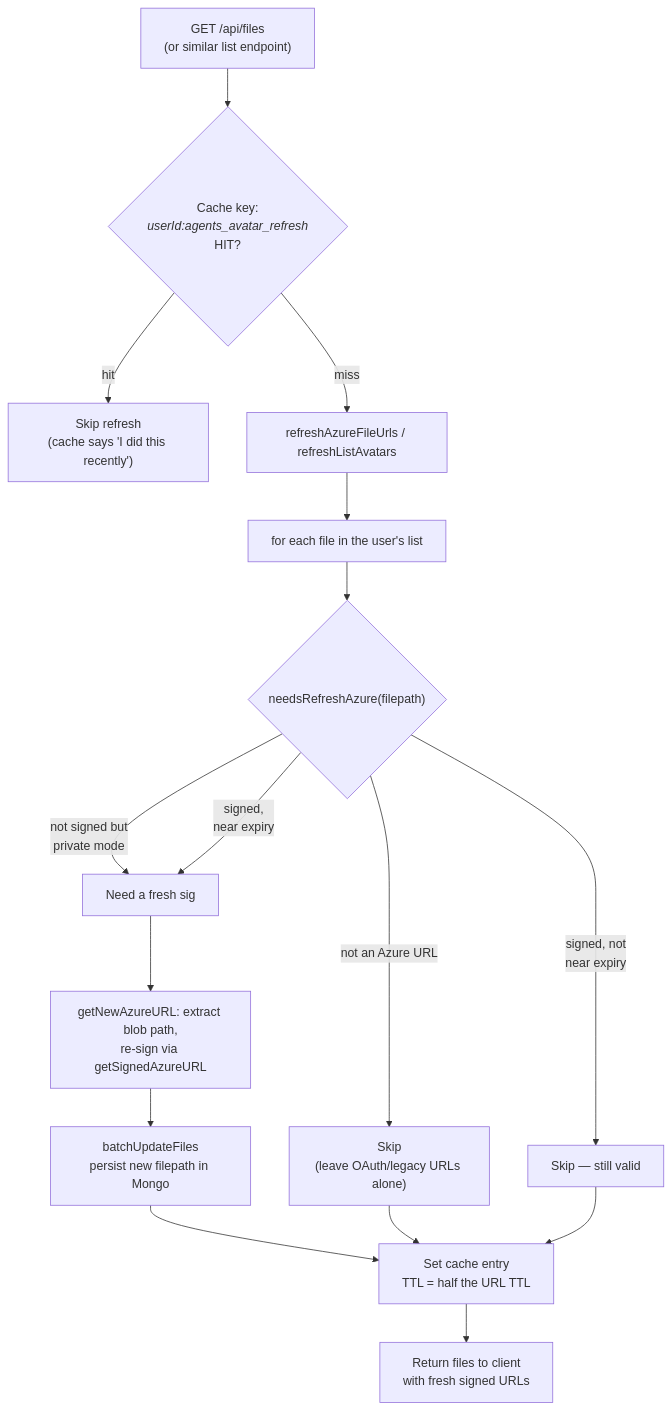
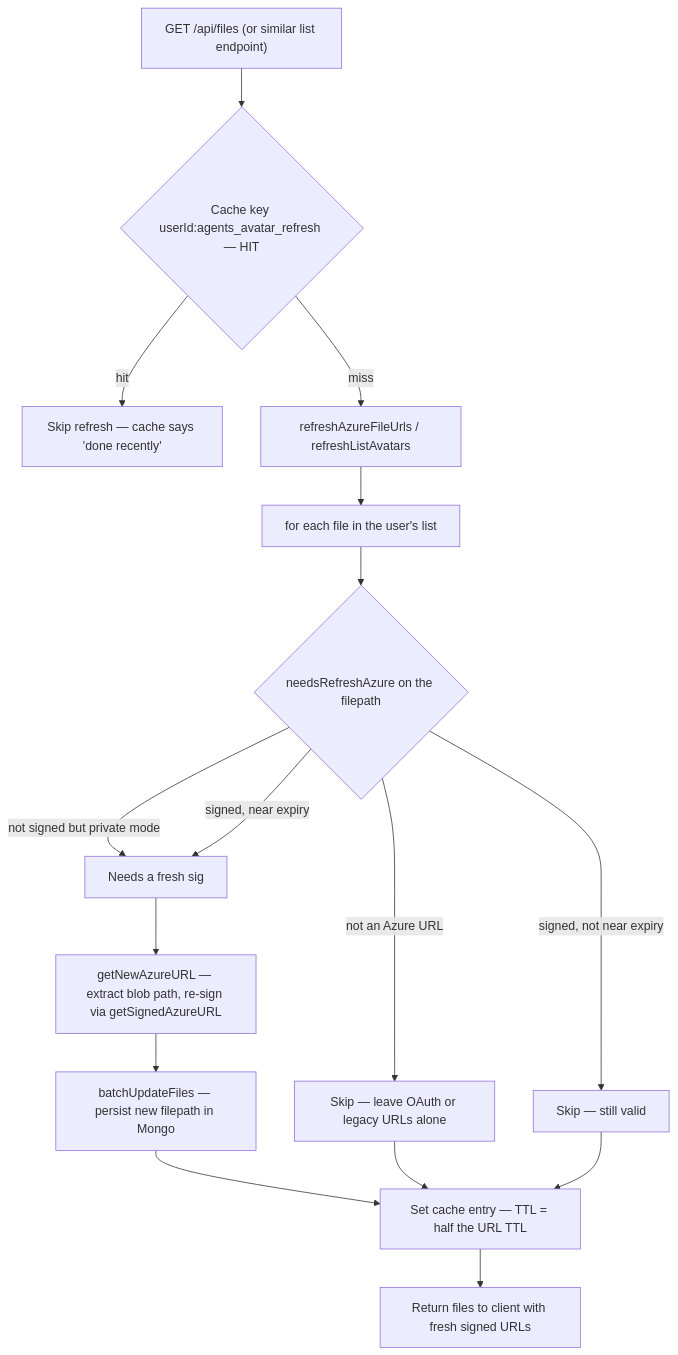
Before and after one commit to Falenos/LibreChat: the fifth of 7 diagrams in knauf/docs/reference/azure-blob-storage.md, drawn with Mermaid. The commit also changed other lines of this file, not shown here.

First line of the commit message:
docs(knauf): KK20-167 fix mermaid parse errors in Azure flows doc

````diff
--- a/knauf/docs/reference/azure-blob-storage.md
+++ b/knauf/docs/reference/azure-blob-storage.md
@@ -201,18 +201,18 @@
 ```mermaid
 flowchart TD
-  A["GET /api/files<br/>(or similar list endpoint)"] --> B{Cache key:<br/><i>userId:agents_avatar_refresh</i><br/>HIT?}
-  B -- hit --> C["Skip refresh<br/>(cache says 'I did this recently')"]
-  B -- miss --> D[refreshAzureFileUrls / refreshListAvatars]
-  D --> E[for each file in the user's list]
-  E --> F{"needsRefreshAzure(filepath)"}
-  F -- not an Azure URL --> G["Skip<br/>(leave OAuth/legacy URLs alone)"]
-  F -- not signed but<br/>private mode --> H[Need a fresh sig]
-  F -- signed, not<br/>near expiry --> I[Skip — still valid]
-  F -- signed,<br/>near expiry --> H
-  H --> J[getNewAzureURL: extract blob path,<br/>re-sign via getSignedAzureURL]
-  J --> K[batchUpdateFiles<br/>persist new filepath in Mongo]
-  K --> L[Set cache entry<br/>TTL = half the URL TTL]
+  A["GET /api/files (or similar list endpoint)"] --> B{"Cache key userId:agents_avatar_refresh — HIT"}
+  B -- hit --> C["Skip refresh — cache says 'done recently'"]
+  B -- miss --> D["refreshAzureFileUrls / refreshListAvatars"]
+  D --> E["for each file in the user's list"]
+  E --> F{"needsRefreshAzure on the filepath"}
+  F -- "not an Azure URL" --> G["Skip — leave OAuth or legacy URLs alone"]
+  F -- "not signed but private mode" --> H["Needs a fresh sig"]
+  F -- "signed, not near expiry" --> I["Skip — still valid"]
+  F -- "signed, near expiry" --> H
+  H --> J["getNewAzureURL — extract blob path, re-sign via getSignedAzureURL"]
+  J --> K["batchUpdateFiles — persist new filepath in Mongo"]
+  K --> L["Set cache entry — TTL = half the URL TTL"]
   G --> L
   I --> L
-  L --> M[Return files to client<br/>with fresh signed URLs]
+  L --> M["Return files to client with fresh signed URLs"]
 ```
````
